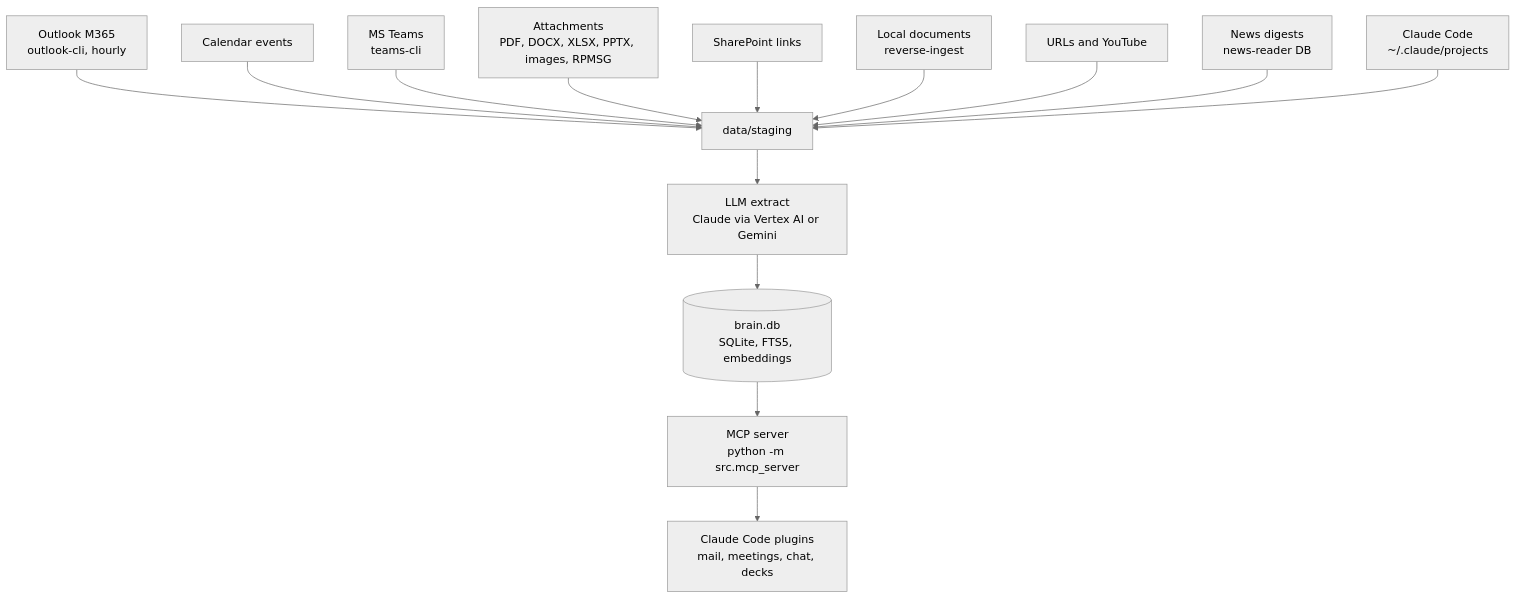
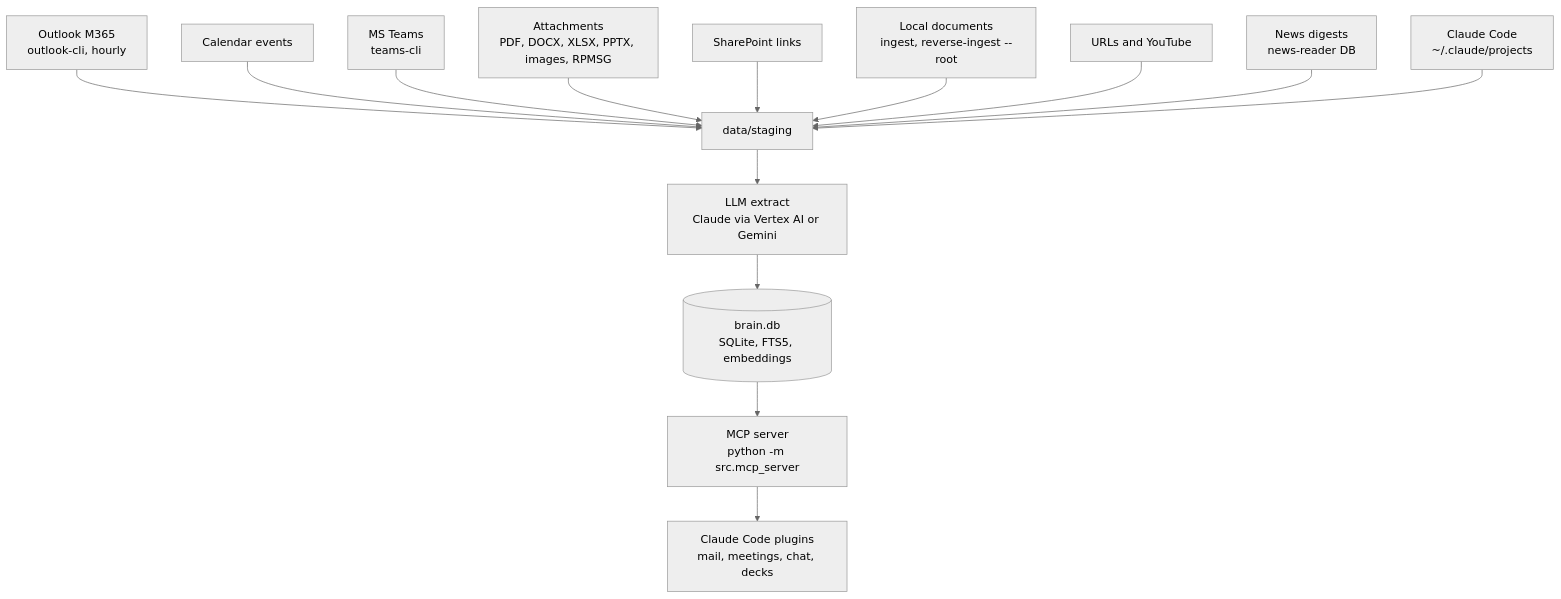
One commit to weirdapps/plessas-second-brain changed the diagram in README.md. Above: the diagram before and after it, drawn with Mermaid (neutral theme). The commit also changed other lines of this file and 18 other files, not shown here.

````diff
--- a/README.md
+++ b/README.md
@@ -23,16 +23,16 @@
 ```mermaid
 graph TD
     O[Outlook M365<br/>outlook-cli, hourly] --> S[data/staging]
     C[Calendar events] --> S
     T[MS Teams<br/>teams-cli] --> S
     A[Attachments<br/>PDF, DOCX, XLSX, PPTX, images, RPMSG] --> S
     P[SharePoint links] --> S
-    L[Local documents<br/>reverse-ingest] --> S
+    L[Local documents<br/>ingest, reverse-ingest --root] --> S
     W[URLs and YouTube] --> S
     N[News digests<br/>news-reader DB] --> S
     K[Claude Code<br/>~/.claude/projects] --> S
     S --> E[LLM extract<br/>Claude via Vertex AI or Gemini]
     E --> D[(brain.db<br/>SQLite, FTS5, embeddings)]
     D --> M[MCP server<br/>python -m src.mcp_server]
     M --> CC[Claude Code plugins<br/>mail, meetings, chat, decks]
 ```
````
